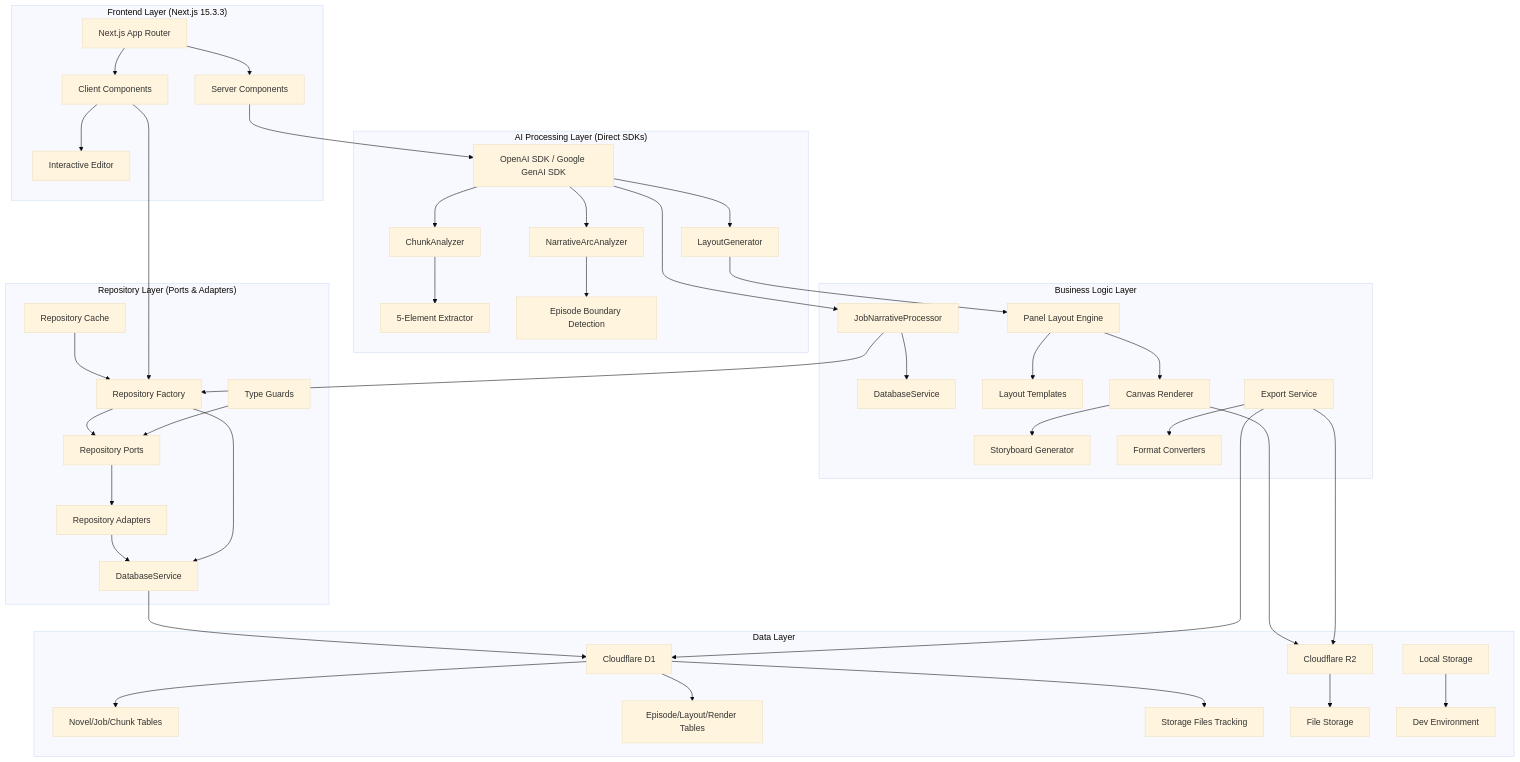
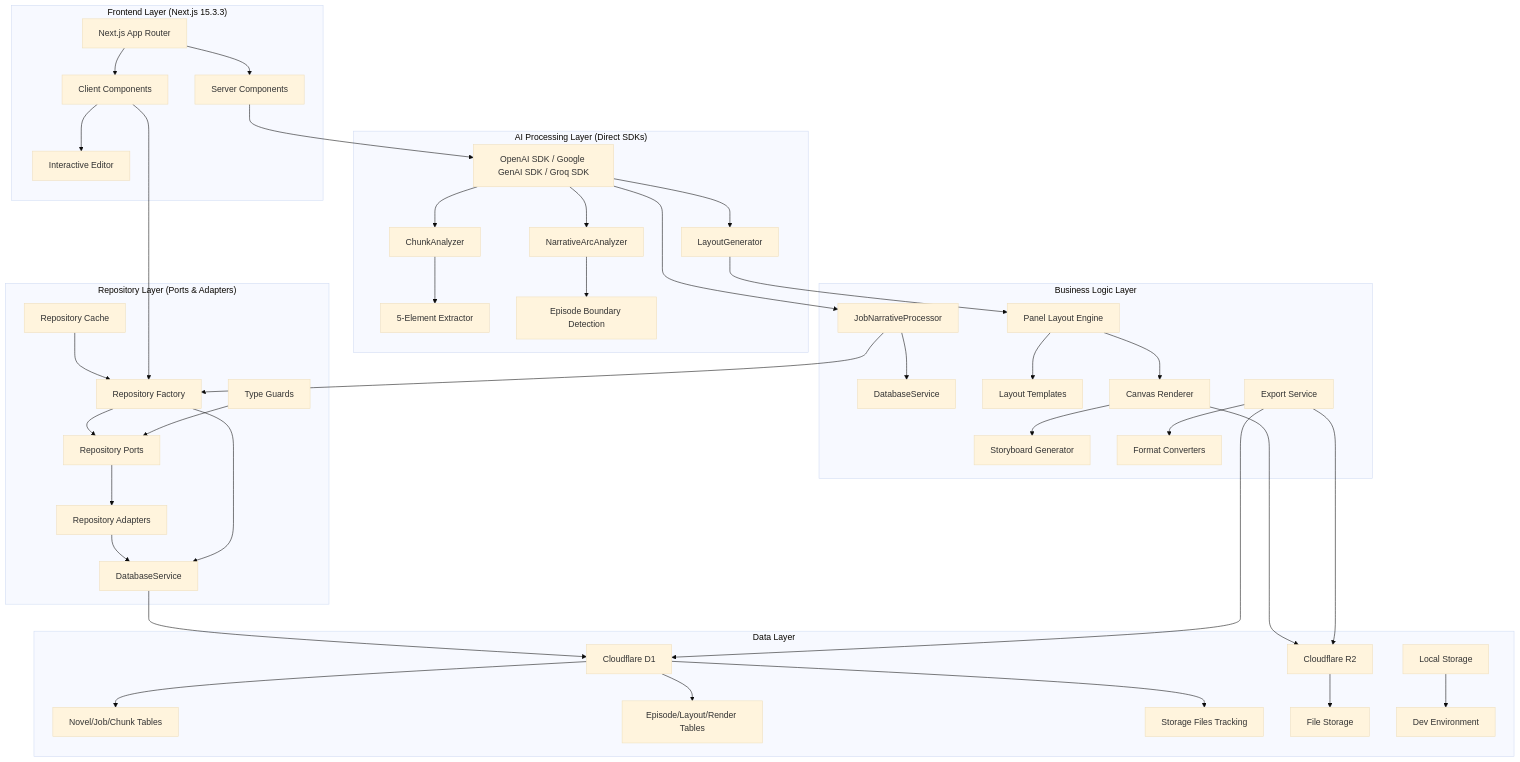
The first of 7 diagrams in .kiro/specs/novel-to-manga-converter/design.md (matsuvr/novel2manga-ts), drawn with Mermaid (base theme) before and after one commit. The commit also changed other lines of this file and 4 other files, not shown here.

Commit message:
chore: use groq sdk for llm provider

````diff
--- a/.kiro/specs/novel-to-manga-converter/design.md
+++ b/.kiro/specs/novel-to-manga-converter/design.md
@@ -128,51 +128,51 @@
 ```mermaid
 graph TB
     subgraph "Frontend Layer (Next.js 15.3.3)"
         A[Next.js App Router] --> B[Server Components]
         A --> C[Client Components]
         C --> D[Interactive Editor]
     end
 
     subgraph "AI Processing Layer (Direct SDKs)"
-        E[OpenAI SDK / Google GenAI SDK] --> F[ChunkAnalyzer]
+        E[OpenAI SDK / Google GenAI SDK / Groq SDK] --> F[ChunkAnalyzer]
         E --> G[LayoutGenerator]
         E --> H[NarrativeArcAnalyzer]
         F --> I[5-Element Extractor]
         H --> J[Episode Boundary Detection]
     end
 
     subgraph "Business Logic Layer"
         K[JobNarrativeProcessor] --> L[DatabaseService]
         M[Panel Layout Engine] --> N[Layout Templates]
         O[Canvas Renderer] --> P[Storyboard Generator]
         Q[Export Service] --> R[Format Converters]
     end
 
     subgraph "Repository Layer (Ports & Adapters)"
         RA[Repository Adapters] --> RD[DatabaseService]
         RP[Repository Ports] --> RA
         RF[Repository Factory] --> RP
         RT[Type Guards] --> RP
         RC[Repository Cache] --> RF
     end
 
     subgraph "Data Layer"
         S[Cloudflare D1] --> T[Novel/Job/Chunk Tables]
         S --> U[Episode/Layout/Render Tables]
         S --> V[Storage Files Tracking]
         W[Cloudflare R2] --> X[File Storage]
         Y[Local Storage] --> Z[Dev Environment]
     end
 
     B --> E
     C --> RF
     E --> K
     K --> RF
     RF --> RD
     RD --> S
     G --> M
     M --> O
     O --> W
     Q --> S
     Q --> W
 ```
````
